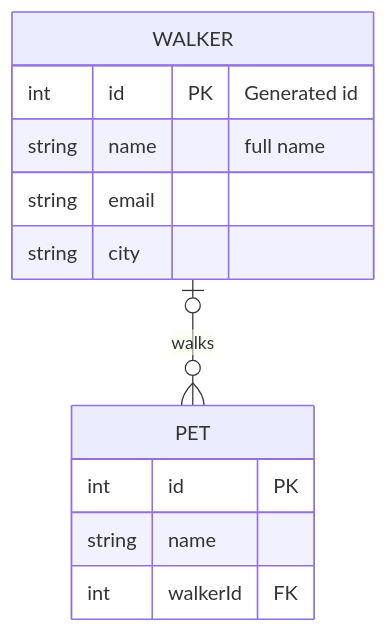
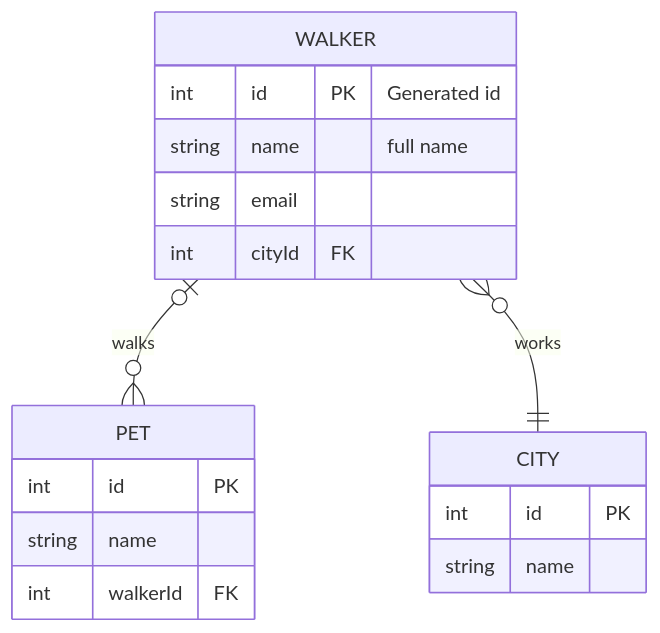
Before and after one commit to cmdrumright/dog-walking: the third of 3 diagrams in README.md, drawn with Mermaid. The commit also changed other lines of this file and 1 other file, not shown here.

Commit message:
updated erd and sequence diagram

````diff
--- a/README.md
+++ b/README.md
@@ -71,15 +81,20 @@
 ```mermaid
 erDiagram
     WALKER |o--o{ PET : walks
+    WALKER }o--|| CITY : works 
     WALKER {
         int id PK "Generated id"
         string name "full name"
         string email
-        string city
+        int cityId FK
     }
     PET {
         int id PK
         string name 
         int walkerId FK
     }
+    CITY {
+        int id PK
+        string name
+    }
 ```
````
